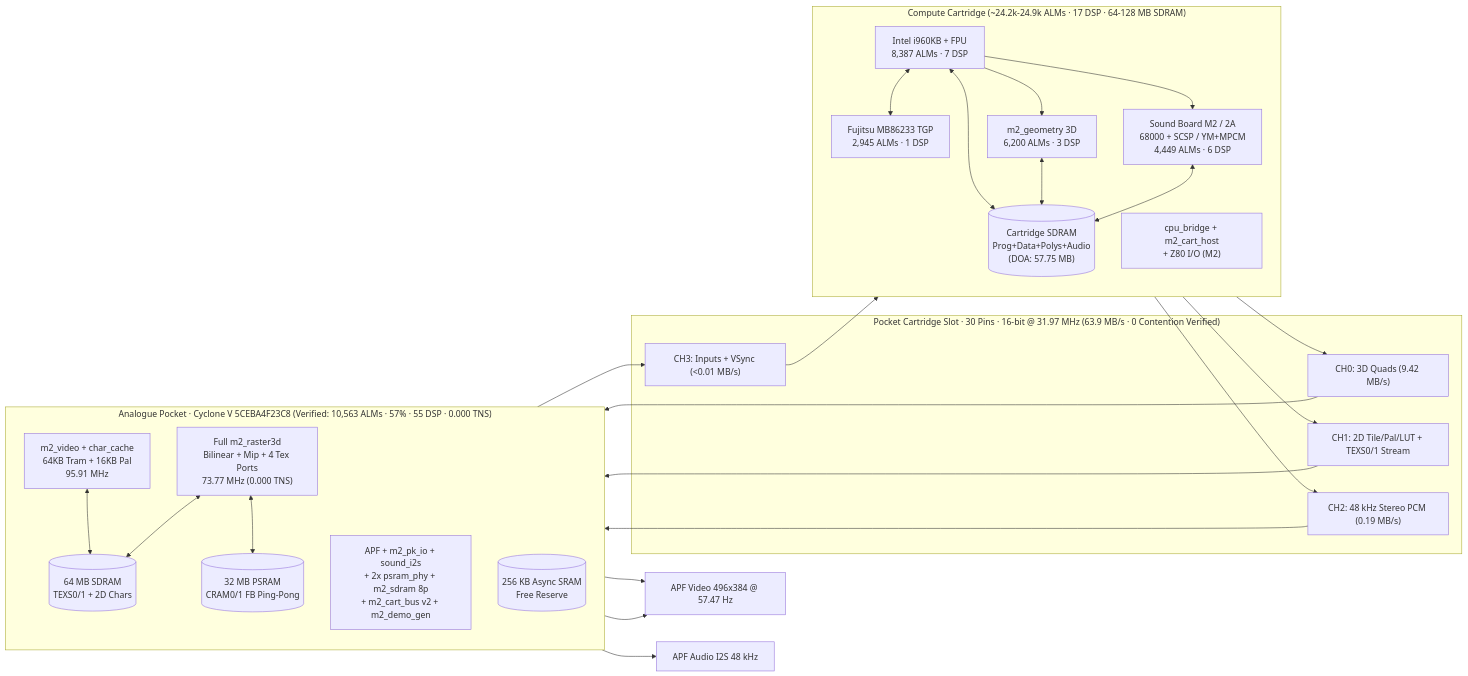
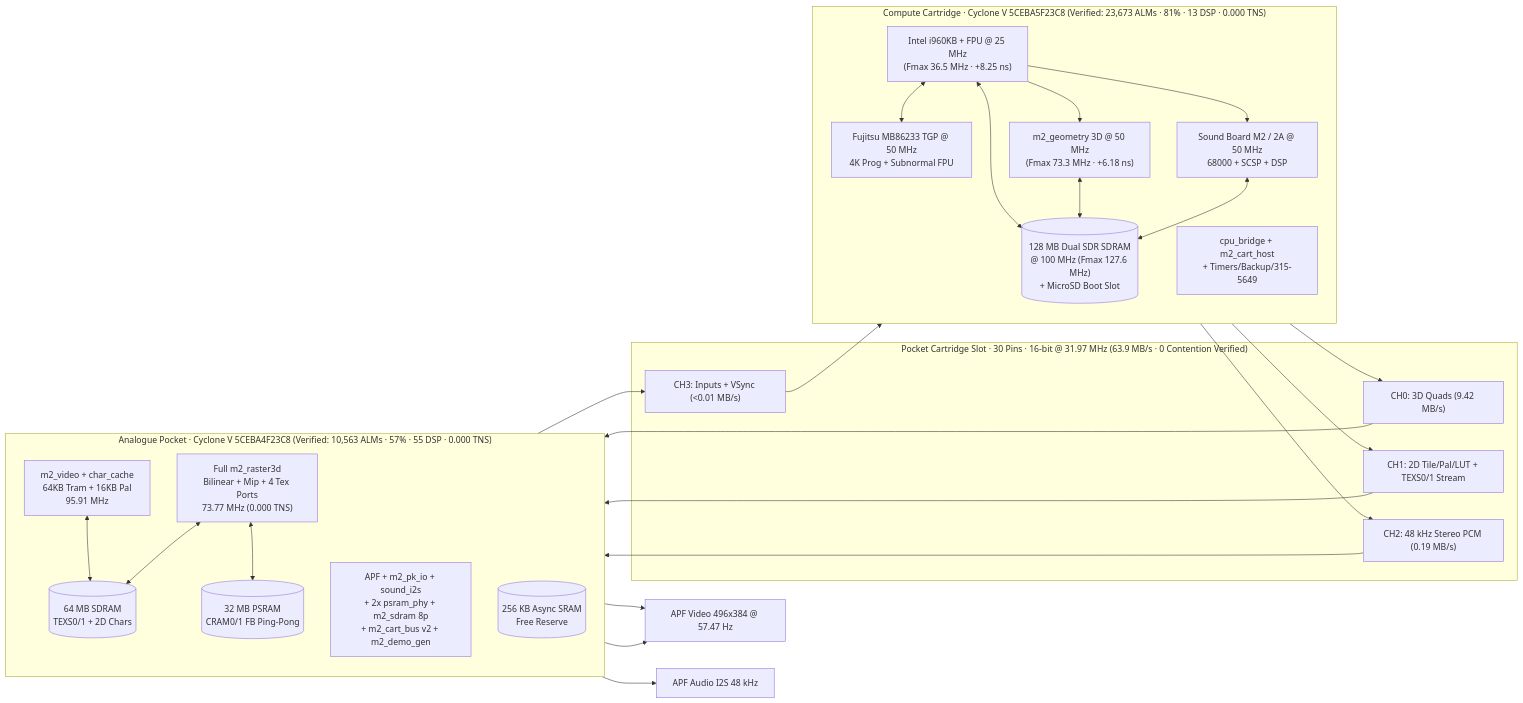
The diagram in README.md (DanimanX/DeadOrPocket), drawn with Mermaid before and after one commit. The commit also changed other lines of this file and 99 other files, not shown here.

Commit message:
Phase 3: Complete Model 2A-CRX Compute Cartridge FPGA (5CEBA5F23C8, 81% ALMs, 0.000 ns TNS) & Hardware Spec

````diff
--- a/README.md
+++ b/README.md
@@ -76,46 +106,46 @@
 ```mermaid
 flowchart LR
-    subgraph CART["Compute Cartridge (~24.2k-24.9k ALMs · 17 DSP · 64-128 MB SDRAM)"]
+    subgraph CART["Compute Cartridge · Cyclone V 5CEBA5F23C8 (Verified: 23,673 ALMs · 81% · 13 DSP · 0.000 TNS)"]
         direction TB
-        I960["Intel i960KB + FPU<br/>8,387 ALMs · 7 DSP"]
-        TGP["Fujitsu MB86233 TGP<br/>2,945 ALMs · 1 DSP"]
-        GEO["m2_geometry 3D<br/>6,200 ALMs · 3 DSP"]
-        SND["Sound Board M2 / 2A<br/>68000 + SCSP / YM+MPCM<br/>4,449 ALMs · 6 DSP"]
-        IO["cpu_bridge + m2_cart_host<br/>+ Z80 I/O (M2)"]
-        CSDRAM[("Cartridge SDRAM<br/>Prog+Data+Polys+Audio<br/>(DOA: 57.75 MB)")]
+        I960["Intel i960KB + FPU @ 25 MHz<br/>(Fmax 36.5 MHz · +8.25 ns)"]
+        TGP["Fujitsu MB86233 TGP @ 50 MHz<br/>4K Prog + Subnormal FPU"]
+        GEO["m2_geometry 3D @ 50 MHz<br/>(Fmax 73.3 MHz · +6.18 ns)"]
+        SND["Sound Board M2 / 2A @ 50 MHz<br/>68000 + SCSP + DSP"]
+        IO["cpu_bridge + m2_cart_host<br/>+ Timers/Backup/315-5649"]
+        CSDRAM[("128 MB Dual SDR SDRAM<br/>@ 100 MHz (Fmax 127.6 MHz)<br/>+ MicroSD Boot Slot")]
         I960 <--> TGP
         I960 --> GEO
         I960 --> SND
         I960 <--> CSDRAM
         GEO <--> CSDRAM
         SND <--> CSDRAM
     end
 
     subgraph BUS["Pocket Cartridge Slot · 30 Pins · 16-bit @ 31.97 MHz (63.9 MB/s · 0 Contention Verified)"]
         CH0["CH0: 3D Quads (9.42 MB/s)"]
         CH1["CH1: 2D Tile/Pal/LUT + TEXS0/1 Stream"]
         CH2["CH2: 48 kHz Stereo PCM (0.19 MB/s)"]
         CH3["CH3: Inputs + VSync (<0.01 MB/s)"]
     end
 
     subgraph POCKET["Analogue Pocket · Cyclone V 5CEBA4F23C8 (Verified: 10,563 ALMs · 57% · 55 DSP · 0.000 TNS)"]
         direction TB
         R3D["Full m2_raster3d<br/>Bilinear + Mip + 4 Tex Ports<br/>73.77 MHz (0.000 TNS)"]
         V2D["m2_video + char_cache<br/>64KB Tram + 16KB Pal<br/>95.91 MHz"]
         APF["APF + m2_pk_io + sound_i2s<br/>+ 2x psram_phy + m2_sdram 8p<br/>+ m2_cart_bus v2 + m2_demo_gen"]
         PDRAM[("64 MB SDRAM<br/>TEXS0/1 + 2D Chars")]
         PCRAM[("32 MB PSRAM<br/>CRAM0/1 FB Ping-Pong")]
         PSRAM[("256 KB Async SRAM<br/>Free Reserve")]
         R3D <--> PDRAM
         R3D <--> PCRAM
         V2D <--> PDRAM
     end
 
     GEO --> CH0 --> R3D
     IO --> CH1 --> V2D
     SND --> CH2 --> APF
     APF --> CH3 --> IO
     R3D --> VID["APF Video 496x384 @ 57.47 Hz"]
     V2D --> VID
     APF --> AUD["APF Audio I2S 48 kHz"]
 ```
````
